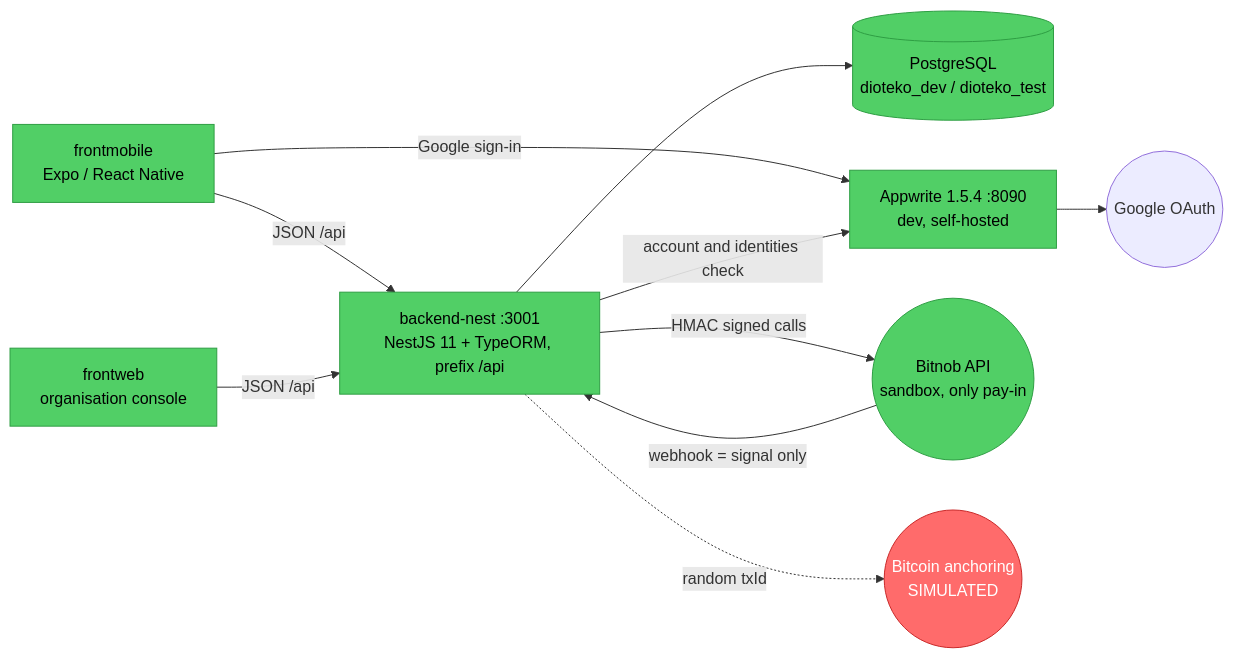
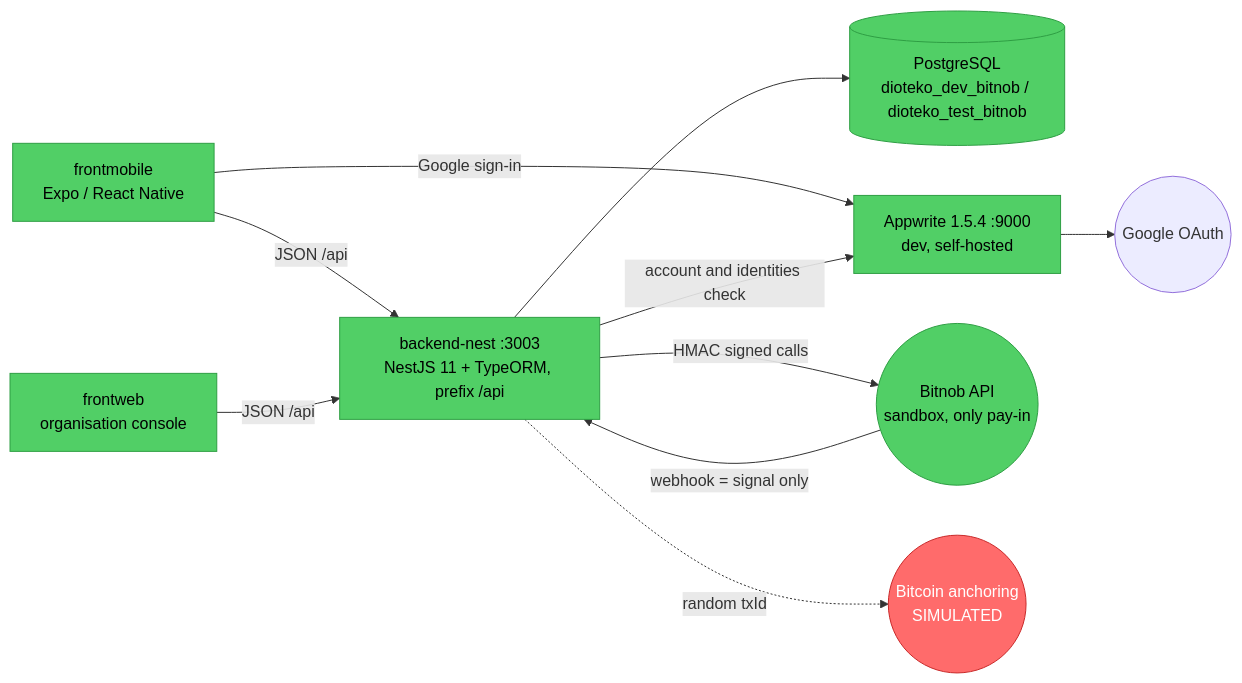
Before and after one commit to Bitnob-Hackhaton/DioteKo: the first of 2 diagrams in ARCHITECTURE.md, drawn with Mermaid. The commit also changed other lines of this file and 15 other files, not shown here.

Commit message:
docs: update dev ports and -bitnob database names

````diff
--- a/ARCHITECTURE.md
+++ b/ARCHITECTURE.md
@@ -7,26 +7,26 @@
 ```mermaid
 flowchart LR
   M["frontmobile<br/>Expo / React Native"]
   W["frontweb<br/>organisation console"]
-  N["backend-nest :3001<br/>NestJS 11 + TypeORM, prefix /api"]
-  PG[("PostgreSQL<br/>dioteko_dev / dioteko_test")]
-  AW["Appwrite 1.5.4 :8090<br/>dev, self-hosted"]
+  N["backend-nest :3003<br/>NestJS 11 + TypeORM, prefix /api"]
+  PG[("PostgreSQL<br/>dioteko_dev_bitnob / dioteko_test_bitnob")]
+  AW["Appwrite 1.5.4 :9000<br/>dev, self-hosted"]
   G(("Google OAuth"))
   BN(("Bitnob API<br/>sandbox, only pay-in"))
   BTC(("Bitcoin anchoring<br/>SIMULATED"))
 
   M -->|"JSON /api"| N
   W -->|"JSON /api"| N
   M -->|"Google sign-in"| AW
   AW --> G
   N -->|"account and identities check"| AW
   N --> PG
   N -->|"HMAC signed calls"| BN
   BN -->|"webhook = signal only"| N
   N -.->|"random txId"| BTC
 
   classDef success fill:#51cf66,stroke:#2f9e44,color:#000
   classDef error fill:#ff6b6b,stroke:#c92a2a,color:#fff
   class M,W,N,PG,AW,BN success
   class BTC error
 ```
````
